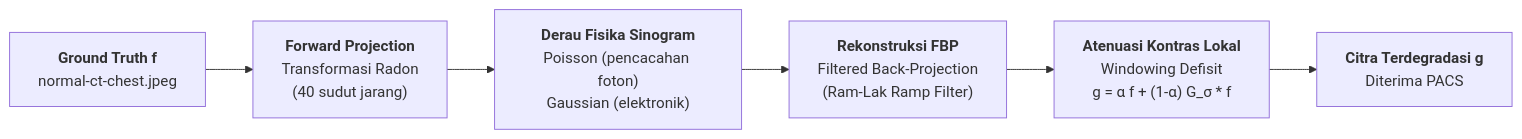
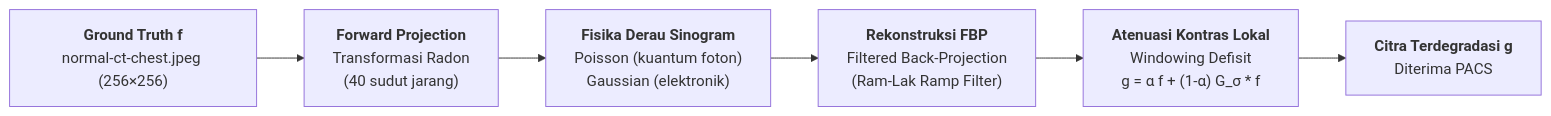
The first of 2 diagrams in src/content/blog/restorasi-ct-scan-thorax/index.md (Aruh1/aruh1.dev), drawn with Mermaid before and after one commit. The commit also changed other lines of this file and 3 other files, not shown here.

````diff
--- a/src/content/blog/restorasi-ct-scan-thorax/index.md
+++ b/src/content/blog/restorasi-ct-scan-thorax/index.md
@@ -39,15 +45,15 @@
 ```mermaid
 flowchart LR
-    GT["<b>Ground Truth f</b><br/>normal-ct-chest.jpeg"]
+    GT["<b>Ground Truth f</b><br/>normal-ct-chest.jpeg (256×256)"]
     RAD["<b>Forward Projection</b><br/>Transformasi Radon<br/>(40 sudut jarang)"]
-    NOISE["<b>Derau Fisika Sinogram</b><br/>Poisson (pencacahan foton)<br/>Gaussian (elektronik)"]
+    NOISE["<b>Fisika Derau Sinogram</b><br/>Poisson (kuantum foton)<br/>Gaussian (elektronik)"]
     FBP["<b>Rekonstruksi FBP</b><br/>Filtered Back-Projection<br/>(Ram-Lak Ramp Filter)"]
     WIN["<b>Atenuasi Kontras Lokal</b><br/>Windowing Defisit<br/>g = α f + (1-α) G_σ * f"]
     DEG["<b>Citra Terdegradasi g</b><br/>Diterima PACS"]
 
     GT --> RAD
     RAD --> NOISE
     NOISE --> FBP
     FBP --> WIN
     WIN --> DEG
 ```
````
